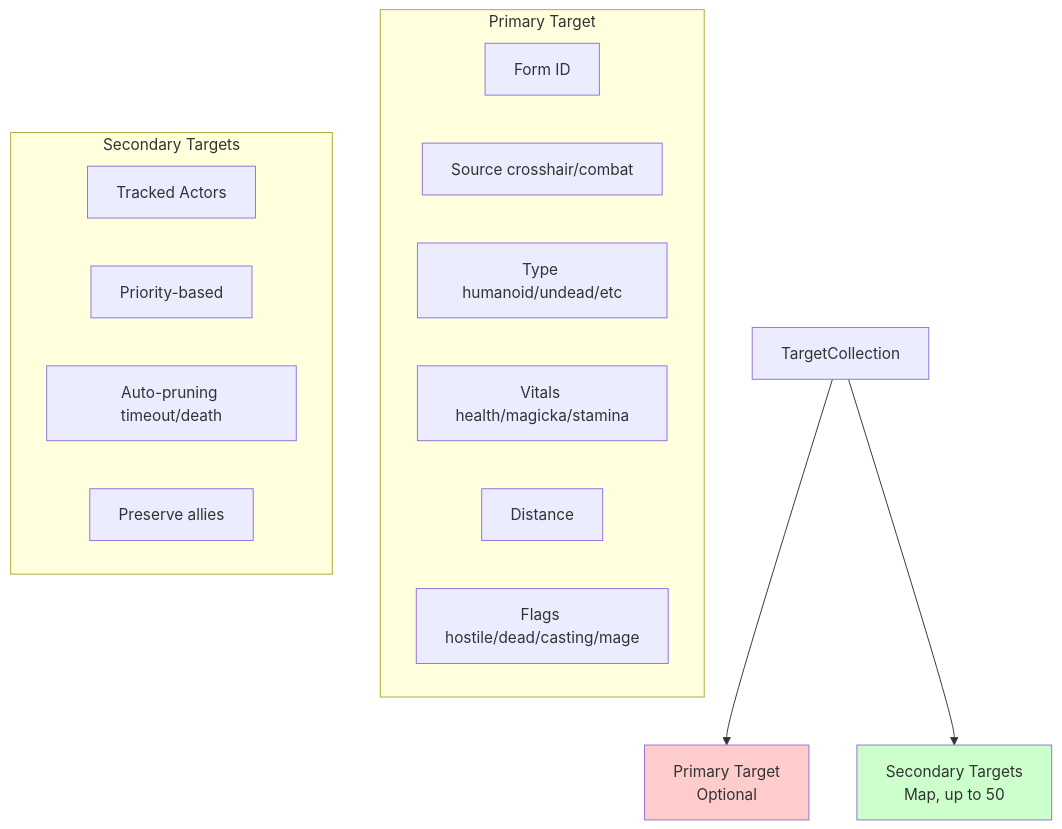
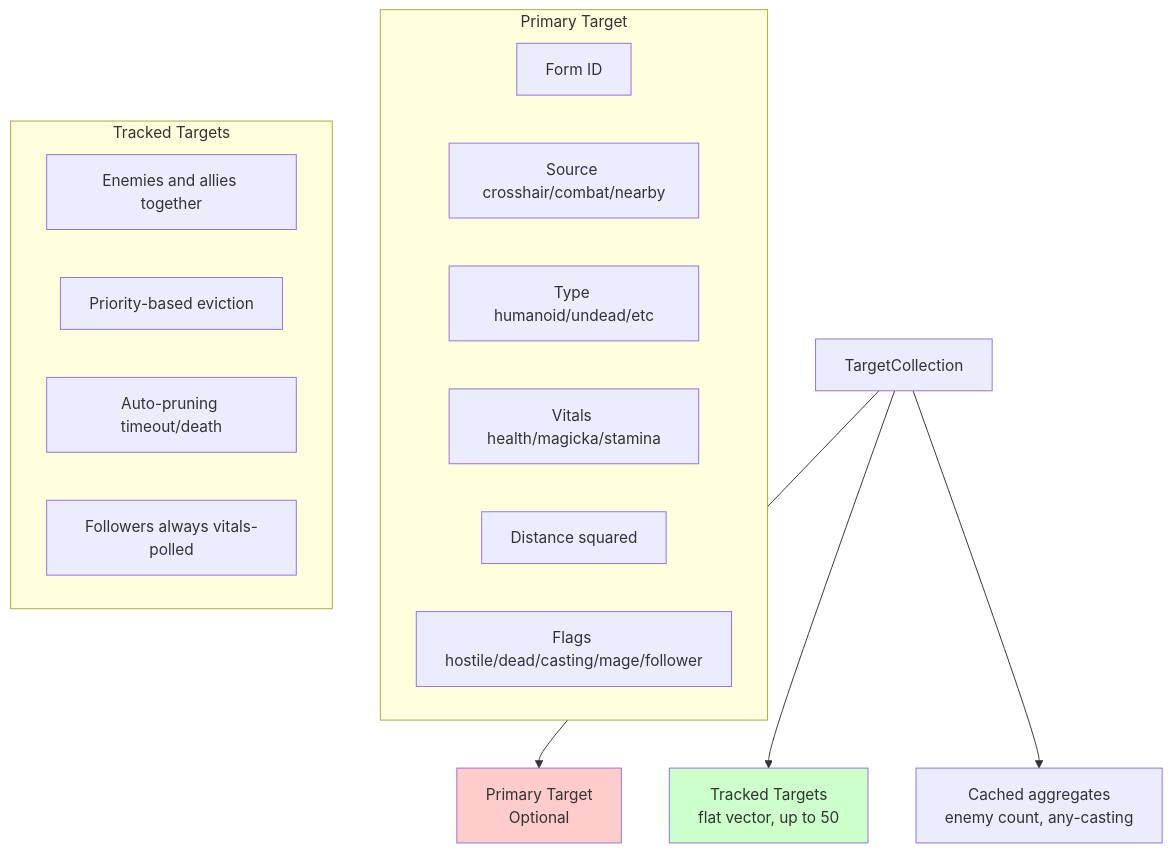
The fourth of 13 diagrams in docs/architecture/1-states.md (LandingCrew/huginn), drawn with Mermaid before and after one commit. The commit also changed other lines of this file and 27 other files, not shown here.

````diff
--- a/docs/architecture/1-states.md
+++ b/docs/architecture/1-states.md
@@ -305,24 +409,25 @@
 ```mermaid
 graph TB
     TC[TargetCollection] --> Primary[Primary Target<br/>Optional]
-    TC --> Secondary[Secondary Targets<br/>Map, up to 50]
+    TC --> Tracked[Tracked Targets<br/>flat vector, up to 50]
+    TC --> Cached[Cached aggregates<br/>enemy count, any-casting]
 
     subgraph Primary Target
         PT1[Form ID]
-        PT2[Source crosshair/combat]
+        PT2[Source crosshair/combat/nearby]
         PT3[Type humanoid/undead/etc]
         PT4[Vitals health/magicka/stamina]
-        PT5[Distance]
-        PT6[Flags hostile/dead/casting/mage]
+        PT5[Distance squared]
+        PT6[Flags hostile/dead/casting/mage/follower]
     end
 
-    subgraph Secondary Targets
-        ST1[Tracked Actors]
-        ST2[Priority-based]
+    subgraph Tracked Targets
+        ST1[Enemies and allies together]
+        ST2[Priority-based eviction]
         ST3[Auto-pruning timeout/death]
-        ST4[Preserve allies]
+        ST4[Followers always vitals-polled]
     end
 
     style Primary fill:#ffcccc
-    style Secondary fill:#ccffcc
+    style Tracked fill:#ccffcc
 ```
````
